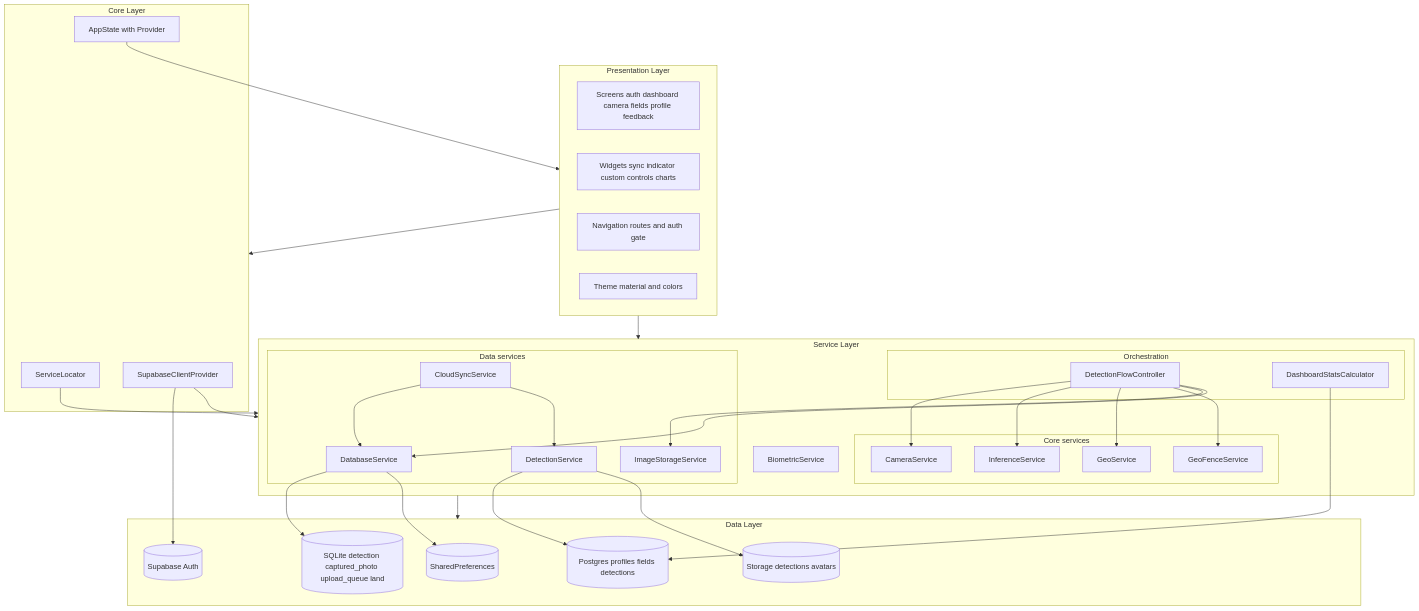
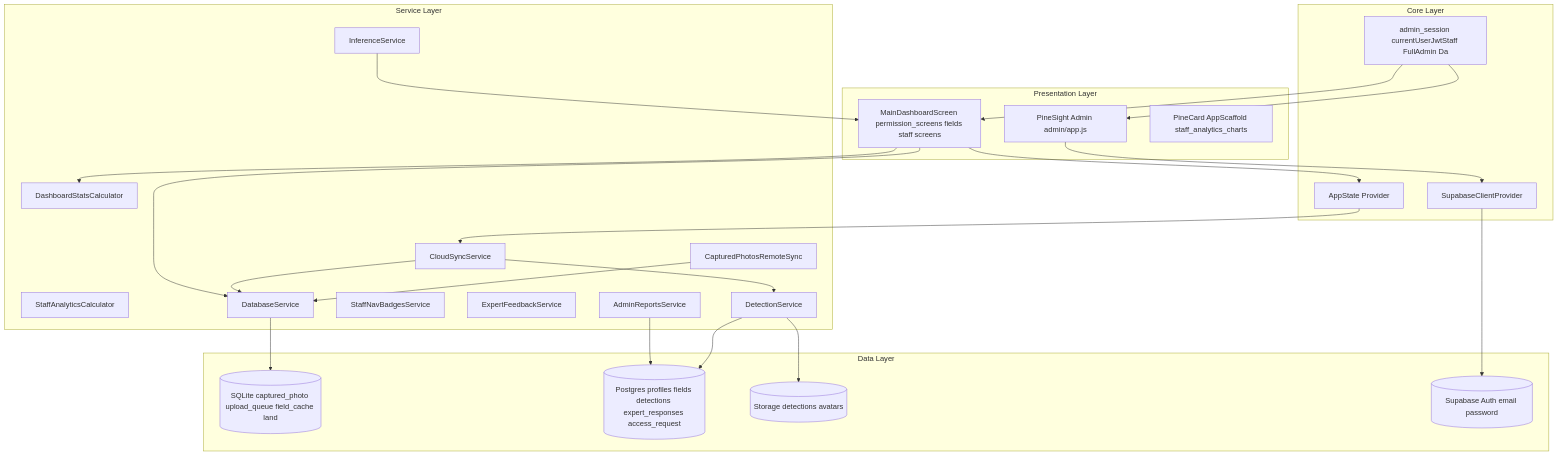
The diagram in docs/diagrams/component_architecture.mmd (janrafael29/PINE), drawn with Mermaid before and after one commit. The commit also changed 117 other files, not shown here.

First line of the commit message:
Add staff middleware workflows, reviewed export, and admin web updates.

```diff
--- a/docs/diagrams/component_architecture.mmd
+++ b/docs/diagrams/component_architecture.mmd
@@ -1,62 +1,49 @@
 flowchart TD
     subgraph PRES[Presentation Layer]
-        SCREENS[Screens auth dashboard camera fields profile feedback]
-        WIDGETS[Widgets sync indicator custom controls charts]
-        NAV[Navigation routes and auth gate]
-        THEME[Theme material and colors]
+        MD[MainDashboardScreen permission_screens fields staff screens]
+        WEB[PineSight Admin admin/app.js]
+        WID[PineCard AppScaffold staff_analytics_charts]
     end
 
     subgraph CORE[Core Layer]
-        SL[ServiceLocator]
-        AS[AppState with Provider]
+        AS[AppState Provider]
         SCP[SupabaseClientProvider]
+        JWT[admin_session currentUserJwtStaff FullAdmin Da]
     end
 
     subgraph SERVICES[Service Layer]
-        subgraph ORCH[Orchestration]
-            DFC[DetectionFlowController]
-            DSC[DashboardStatsCalculator]
-        end
-        subgraph CORE_SVC[Core services]
-            CS[CameraService]
-            IS[InferenceService]
-            GS[GeoService]
-            GFS[GeoFenceService]
-        end
-        subgraph DATA_SVC[Data services]
-            DBS[DatabaseService]
-            RDS[DetectionService]
-            ISS[ImageStorageService]
-            CTS[CloudSyncService]
-        end
-        BIO[BiometricService]
+        IS[InferenceService]
+        CTS[CloudSyncService]
+        DSC[DashboardStatsCalculator]
+        SAC[StaffAnalyticsCalculator]
+        ARS[AdminReportsService]
+        SNB[StaffNavBadgesService]
+        EFS[ExpertFeedbackService]
+        DBS[DatabaseService]
+        RDS[DetectionService]
+        CPRS[CapturedPhotosRemoteSync]
     end
 
     subgraph DATA[Data Layer]
-        SQLITE[(SQLite detection captured_photo upload_queue land)]
-        SHPREF[(SharedPreferences)]
-        PG[(Postgres profiles fields detections)]
+        SQL[(SQLite captured_photo upload_queue field_cache land)]
+        PG[(Postgres profiles fields detections expert_responses access_request)]
         ST[(Storage detections avatars)]
-        AUTH[(Supabase Auth)]
+        AUTH[(Supabase Auth email password)]
     end
 
-    PRES --> CORE
-    PRES --> SERVICES
-    SL --> SERVICES
-    SCP --> SERVICES
-    AS --> PRES
-    SERVICES --> DATA
-    DFC --> CS
-    DFC --> IS
-    DFC --> GS
-    DFC --> GFS
-    DFC --> ISS
-    DFC --> DBS
-    DSC --> PG
-    DBS --> SQLITE
-    DBS --> SHPREF
+    MD --> AS
+    MD --> DBS
+    MD --> DSC
+    WEB --> SCP
+    AS --> CTS
+    JWT --> MD
+    JWT --> WEB
+    IS --> MD
+    CTS --> DBS
+    CTS --> RDS
+    ARS --> PG
+    CPRS --> DBS
+    DBS --> SQL
     RDS --> PG
     RDS --> ST
-    CTS --> DBS
-    CTS --> RDS
     SCP --> AUTH
```
